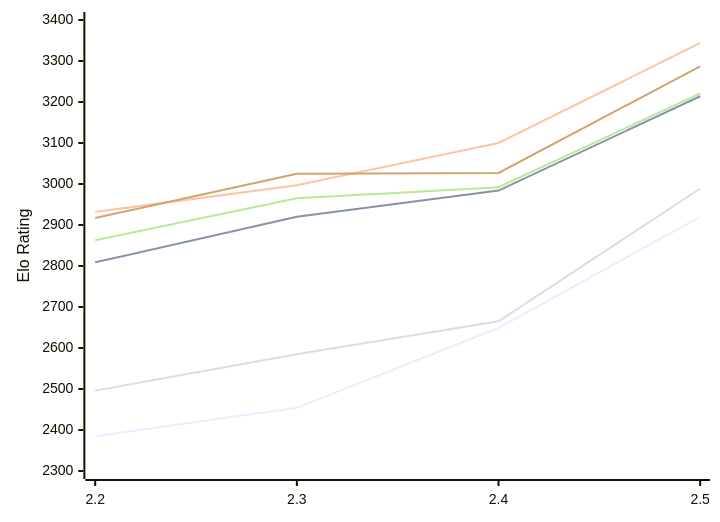
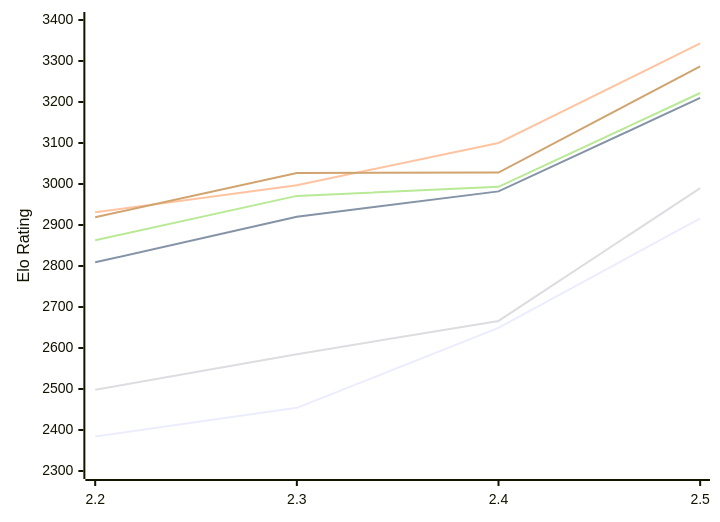
The first of 2 diagrams in engines/Sloth.md (computer-chess-index/cci), drawn with Mermaid before and after one commit. The commit also changed other lines of this file, not shown here.

Commit message:
Update CCI Ratings (ELO VLTC) - 2026-11-28

````diff
--- a/engines/Sloth.md
+++ b/engines/Sloth.md
@@ -54,12 +54,12 @@
 ```mermaid
 %%{init: {"theme":"base","themeVariables":{"seriesColors:['#a3a3a3','#222221','#faa371']}}}%%
 xychart-beta
   x-axis ["2.2", "2.3", "2.4", "2.5"]
   y-axis "Elo Rating" 2300 --> 3400
-  line "E1: STC (8.0+0.08s)" [2385, 2454, 2649, 2920]
-  line "E1: LTC (60.0+0.60s)" [2809, 2920, 2984, 3214]
-  line "E1: VLTC (2m24s+1.12s)" [2932, 2997, 3100, 3344]
-  line "P1: STC (8.0+0.08s)" [2496, 2585, 2665, 2989]
-  line "P1: LTC (60.0+0.60s)" [2863, 2965, 2992, 3221]
-  line "P1: VLTC (2m24s+1.12s)" [2917, 3025, 3027, 3287]
+  line "E1: STC (8.0+0.08s)" [2384, 2454, 2649, 2916]
+  line "E1: LTC (60.0+0.60s)" [2809, 2920, 2982, 3210]
+  line "E1: VLTC (2m24s+1.12s)" [2931, 2997, 3100, 3343]
+  line "P1: STC (8.0+0.08s)" [2498, 2585, 2666, 2990]
+  line "P1: LTC (60.0+0.60s)" [2863, 2971, 2993, 3222]
+  line "P1: VLTC (2m24s+1.12s)" [2919, 3027, 3028, 3287]
 ```
````
